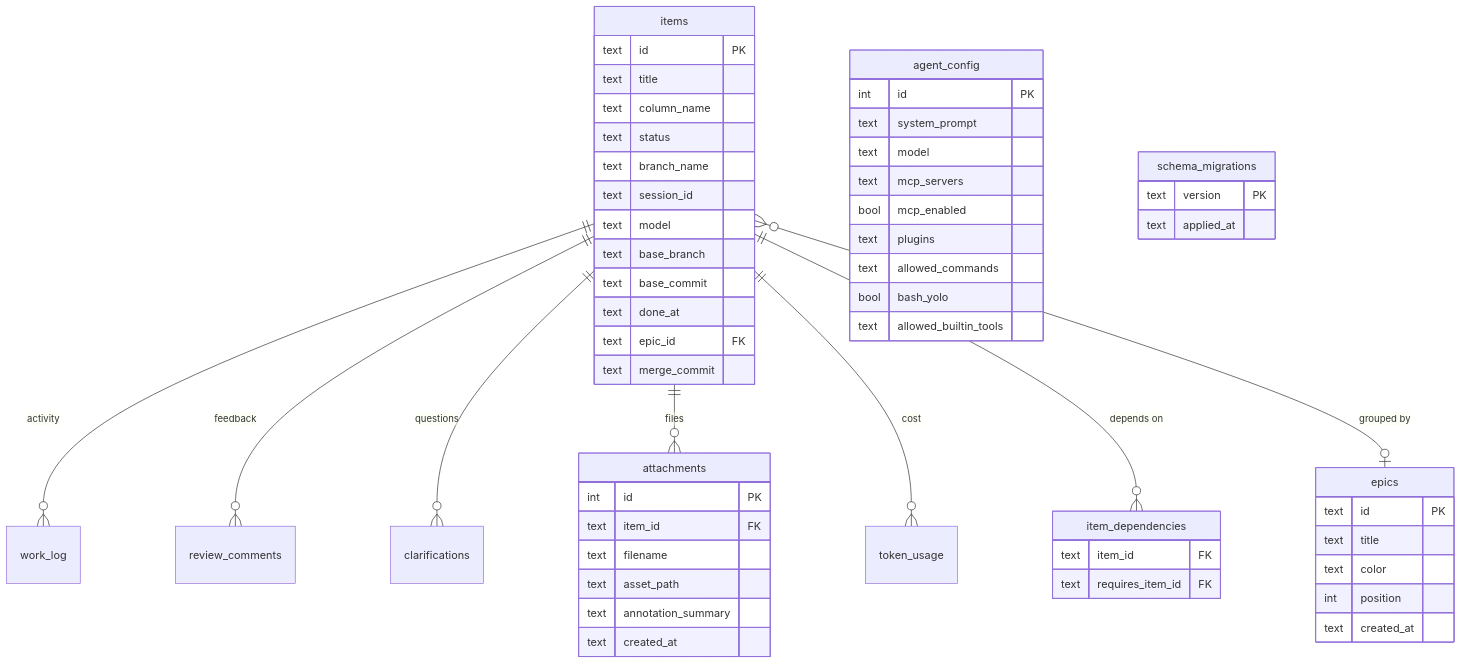
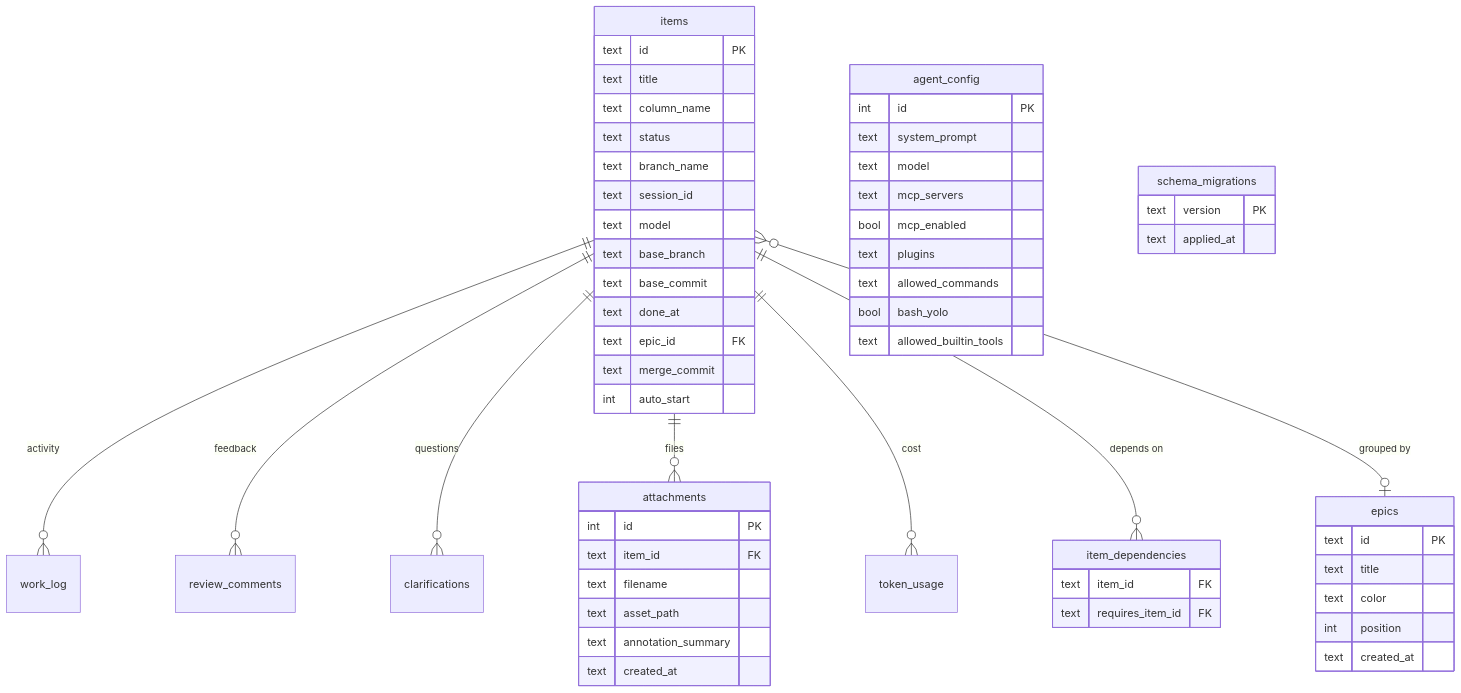
The fourth of 4 diagrams in CLAUDE.md (epatel/claude-agents-dashboard), drawn with Mermaid before and after one commit. The commit also changed other lines of this file and 4 other files, not shown here.

Commit message:
Update documentation for migration 012 (auto_start) and refresh all line counts across CLAUDE.md, README.md, tests/README.md, and AGENT_FILES

````diff
--- a/CLAUDE.md
+++ b/CLAUDE.md
@@ -283,64 +285,65 @@
 ```mermaid
 erDiagram
     items ||--o{ work_log : "activity"
     items ||--o{ review_comments : "feedback"
     items ||--o{ clarifications : "questions"
     items ||--o{ attachments : "files"
     items ||--o{ token_usage : "cost"
     items ||--o{ item_dependencies : "depends on"
     items }o--o| epics : "grouped by"
 
     items {
         text id PK
         text title
         text column_name
         text status
         text branch_name
         text session_id
         text model
         text base_branch
         text base_commit
         text done_at
         text epic_id FK
         text merge_commit
+        int auto_start
     }
 
     item_dependencies {
         text item_id FK
         text requires_item_id FK
     }
 
     agent_config {
         int id PK
         text system_prompt
         text model
         text mcp_servers
         bool mcp_enabled
         text plugins
         text allowed_commands
         bool bash_yolo
         text allowed_builtin_tools
     }
 
     attachments {
         int id PK
         text item_id FK
         text filename
         text asset_path
         text annotation_summary
         text created_at
     }
 
     epics {
         text id PK
         text title
         text color
         int position
         text created_at
     }
 
     schema_migrations {
         text version PK
         text applied_at
     }
 ```
````
